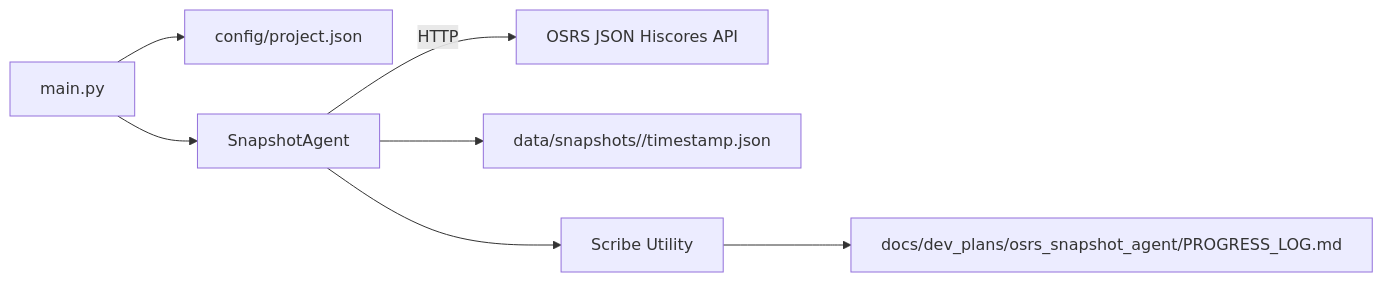
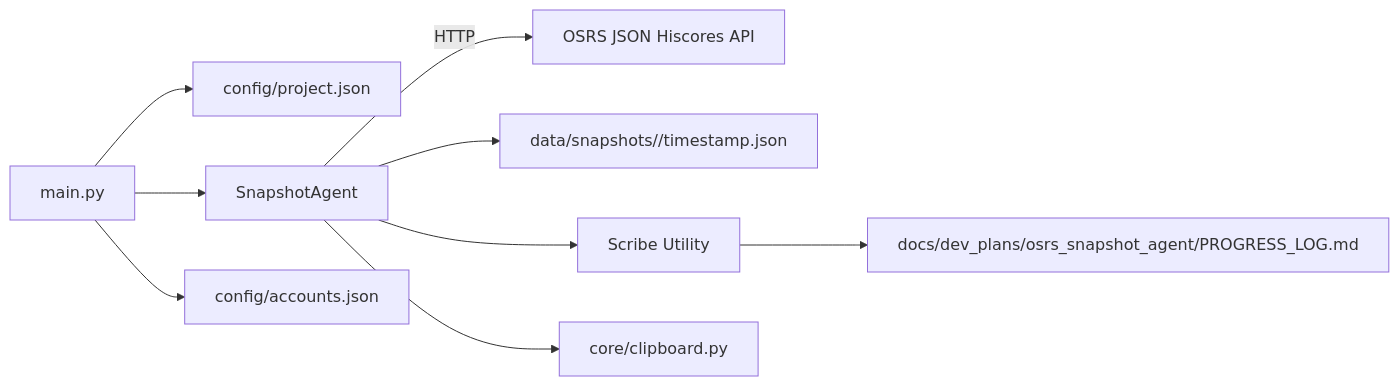
The first of 2 diagrams in docs/dev_plans/osrs_snapshot_agent/ARCHITECTURE_GUIDE.md (paxocial/osrs_hiscore_pull), drawn with Mermaid before and after one commit. The commit also changed other lines of this file and 14 other files, not shown here.

Commit message:
Implement OSRS Snapshot Agent with core functionality for fetching and persisting hiscore data; add clipboard support and initial configuration files.

````diff
--- a/docs/dev_plans/osrs_snapshot_agent/ARCHITECTURE_GUIDE.md
+++ b/docs/dev_plans/osrs_snapshot_agent/ARCHITECTURE_GUIDE.md
@@ -27,9 +27,11 @@
 ```mermaid
 flowchart LR
     Main[main.py] --> Config[config/project.json]
     Main --> Agent[SnapshotAgent]
     Agent -->|HTTP| OSRSAPI[OSRS JSON Hiscores API]
     Agent --> Storage[data/snapshots/<player>/timestamp.json]
     Agent --> Logger[Scribe Utility]
     Logger --> ProgressLog[docs/dev_plans/osrs_snapshot_agent/PROGRESS_LOG.md]
+    Agent --> Clipboard[core/clipboard.py]
+    Main --> Accounts[config/accounts.json]
 ```
````
